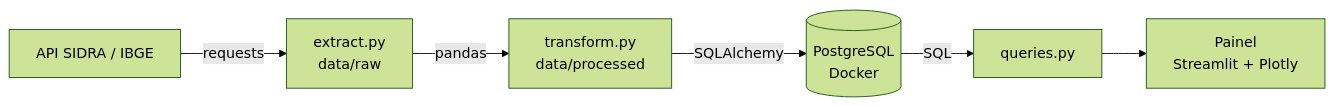
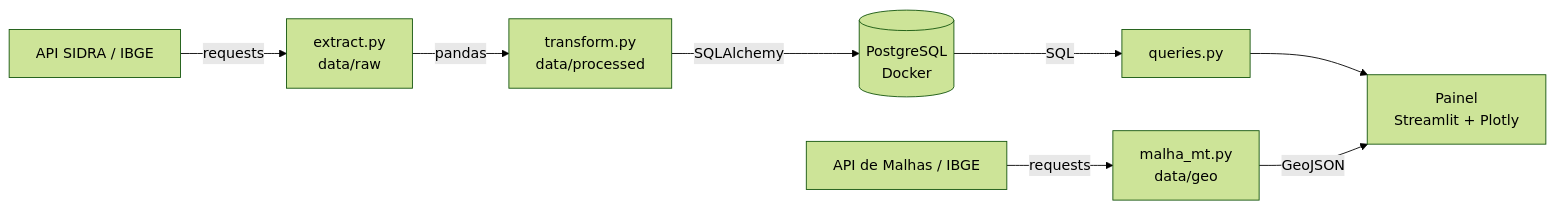
One commit to oneriodev/producao_agricola_mt changed the first of 2 diagrams in README.md. Above: the diagram before and after it, drawn with Mermaid (forest theme). The commit also changed other lines of this file, not shown here.

````diff
--- a/README.md
+++ b/README.md
@@ -26,8 +41,10 @@
 ```mermaid
 flowchart LR
     A[API SIDRA / IBGE] -->|requests| B[extract.py<br/>data/raw]
     B -->|pandas| C[transform.py<br/>data/processed]
     C -->|SQLAlchemy| D[(PostgreSQL<br/>Docker)]
     D -->|SQL| E[queries.py]
     E --> F[Painel<br/>Streamlit + Plotly]
+    G[API de Malhas / IBGE] -->|requests| H[malha_mt.py<br/>data/geo]
+    H -->|GeoJSON| F
 ```
````
